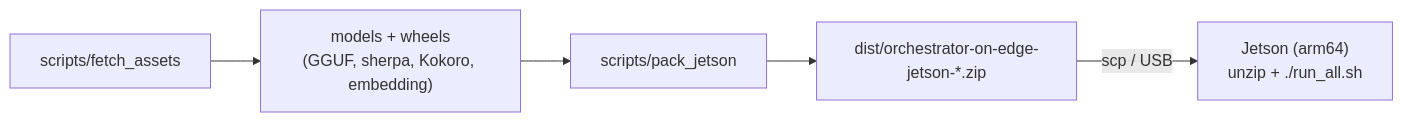
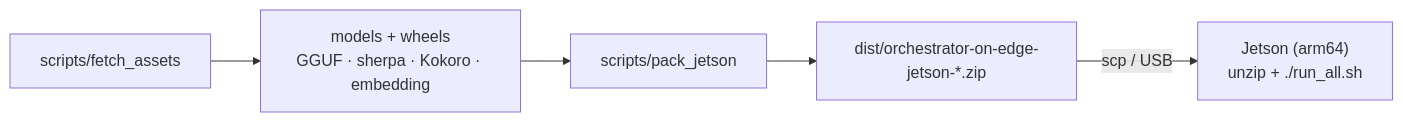
One commit to hminhphi/VoiceControl changed the second of 2 diagrams in README.md. Above: the diagram before and after it, drawn with Mermaid. The commit also changed other lines of this file, not shown here.

Commit message:
docs: polish README with badges, admonitions, diagrams and tables

````diff
--- a/README.md
+++ b/README.md
@@ -40,7 +64,7 @@
 ```mermaid
 flowchart LR
-  A["scripts/fetch_assets"] --> B["models + wheels<br/>(GGUF, sherpa, Kokoro, embedding)"]
-  B --> C["scripts/pack_jetson"]
-  C --> D["dist/orchestrator-on-edge-jetson-*.zip"]
-  D -->|"scp / USB"| E["Jetson (arm64)<br/>unzip + ./run_all.sh"]
+  FA["scripts/fetch_assets"] --> Assets["models + wheels<br/>GGUF · sherpa · Kokoro · embedding"]
+  Assets --> PJ["scripts/pack_jetson"]
+  PJ --> Zip["dist/orchestrator-on-edge-jetson-*.zip"]
+  Zip -->|"scp / USB"| J["Jetson (arm64)<br/>unzip + ./run_all.sh"]
 ```
````
